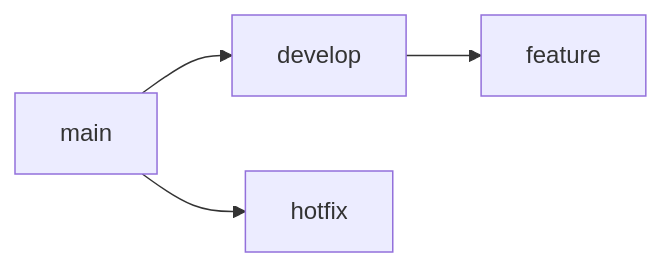
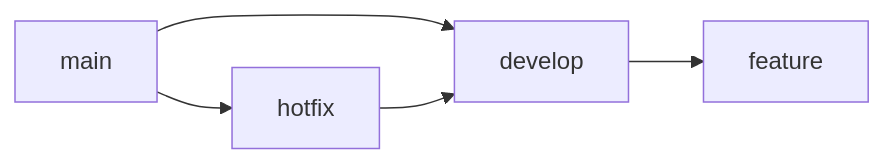
Before and after one commit to Krapfeen/test: the diagram in README.md, drawn with Mermaid.

Commit message:
docs: update gitflow

````diff
--- a/README.md
+++ b/README.md
@@ -32,6 +32,7 @@
 ```mermaid
 flowchart LR
     main-->develop
     main-->hotfix
+    hotfix-->develop
     develop-->feature
 ```
````
